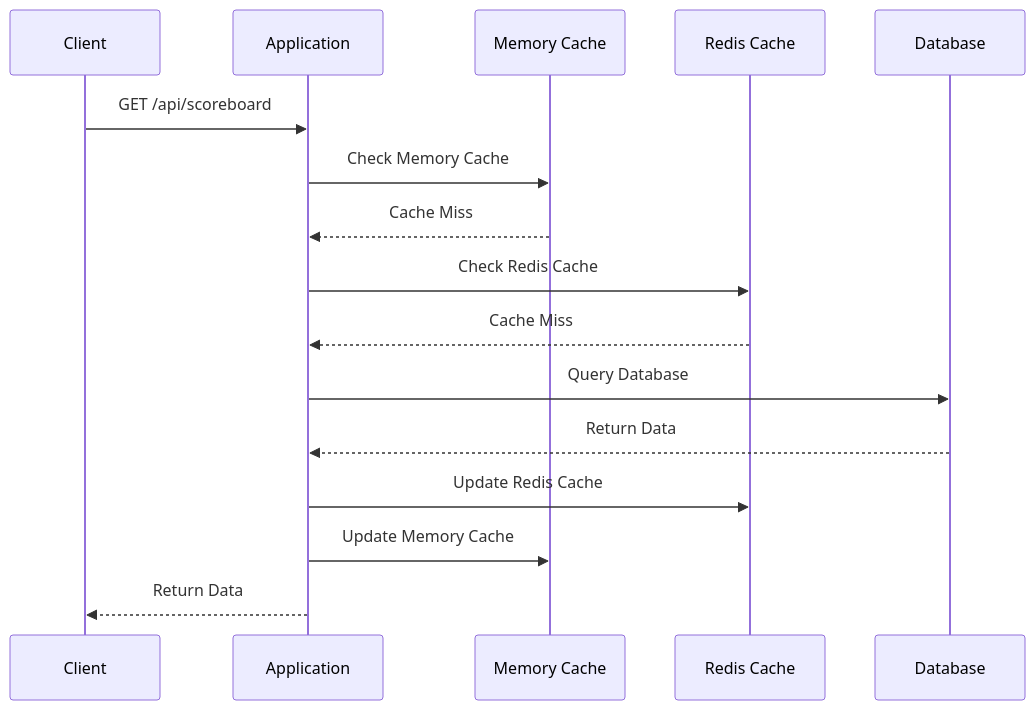
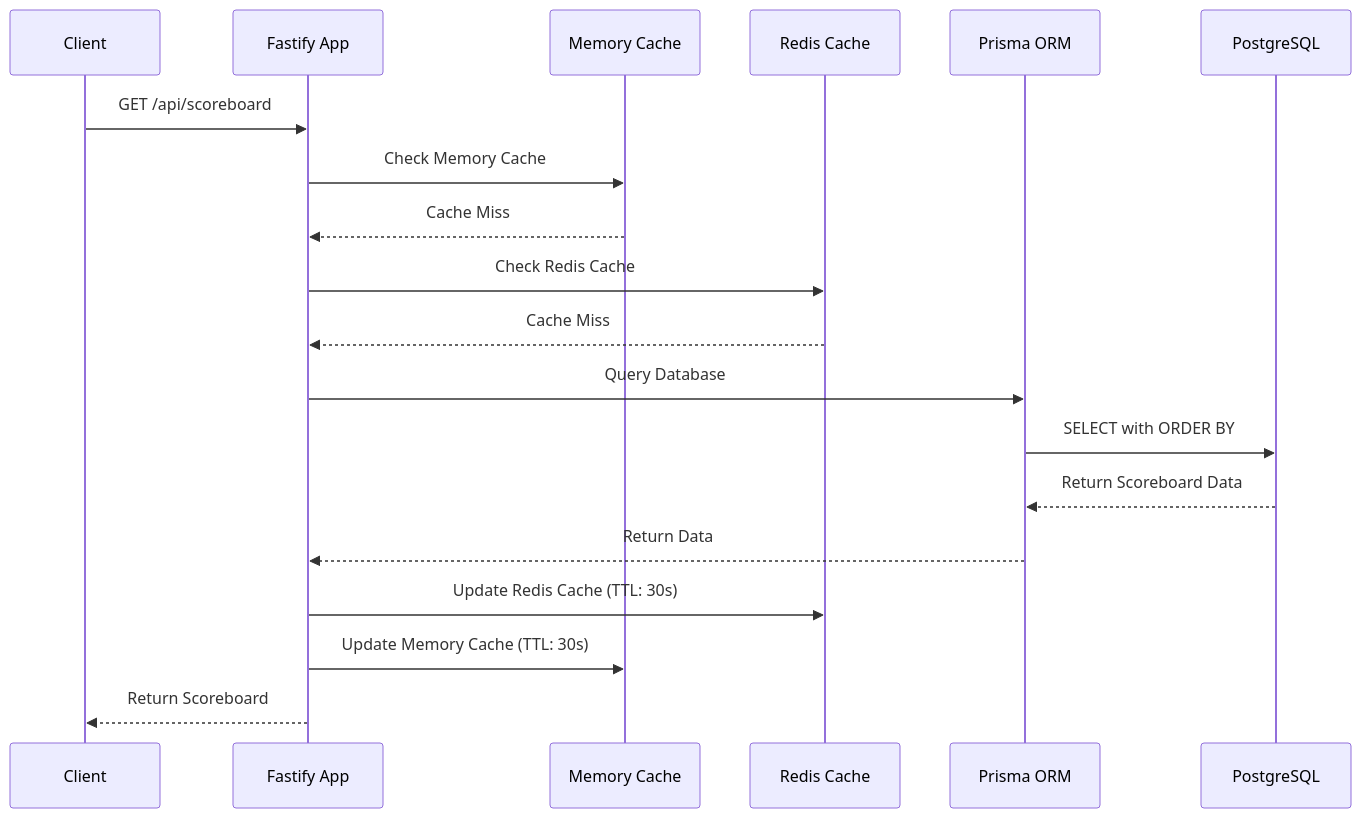
The fifth of 22 diagrams in src/problem6/docs/FLOW_DIAGRAM.md (hashcott/code-challenge), drawn with Mermaid before and after one commit. The commit also changed other lines of this file, not shown here.

Commit message:
docs: flow diagram

````diff
--- a/src/problem6/docs/FLOW_DIAGRAM.md
+++ b/src/problem6/docs/FLOW_DIAGRAM.md
@@ -115,19 +114,22 @@
 ```mermaid
 sequenceDiagram
     participant C as Client
-    participant A as Application
+    participant A as Fastify App
     participant M as Memory Cache
     participant R as Redis Cache
-    participant D as Database
+    participant P as Prisma ORM
+    participant D as PostgreSQL
     
     C->>A: GET /api/scoreboard
     A->>M: Check Memory Cache
     M-->>A: Cache Miss
     A->>R: Check Redis Cache
     R-->>A: Cache Miss
-    A->>D: Query Database
-    D-->>A: Return Data
-    A->>R: Update Redis Cache
-    A->>M: Update Memory Cache
-    A-->>C: Return Data
+    A->>P: Query Database
+    P->>D: SELECT with ORDER BY
+    D-->>P: Return Scoreboard Data
+    P-->>A: Return Data
+    A->>R: Update Redis Cache (TTL: 30s)
+    A->>M: Update Memory Cache (TTL: 30s)
+    A-->>C: Return Scoreboard
 ```
````
